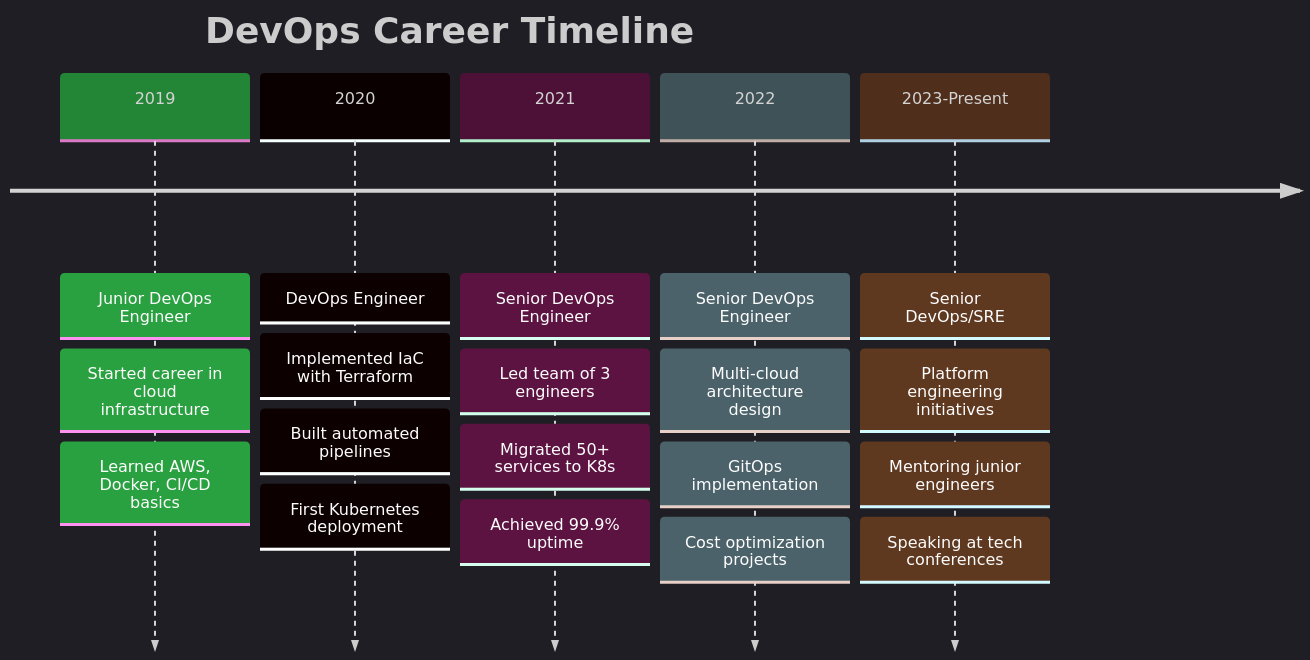
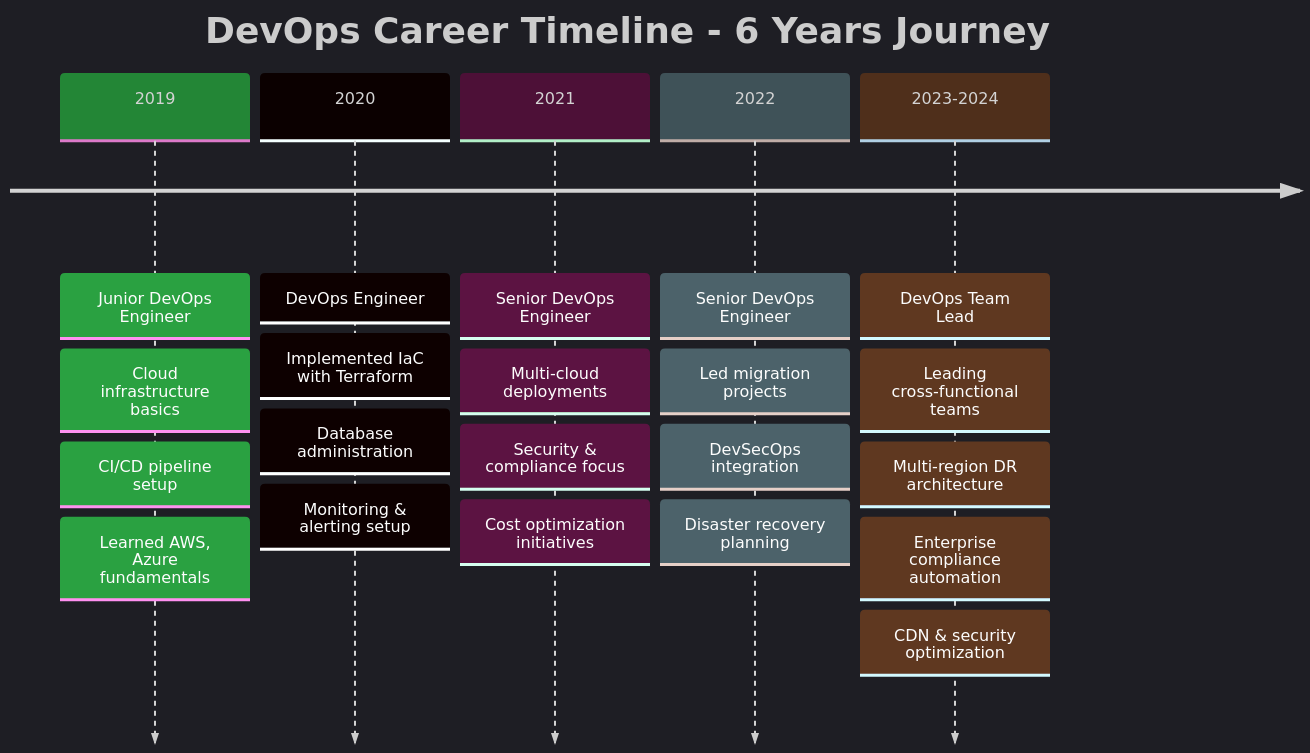
One commit to chintu481/Profile changed the diagram in README.md. Above: the diagram before and after it, drawn with Mermaid. The commit also changed other lines of this file, not shown here.

````diff
--- a/README.md
+++ b/README.md
@@ -312,24 +289,26 @@
 ```mermaid
 %%{init: {'theme':'dark', 'themeVariables': { 'primaryColor':'#238636', 'primaryTextColor':'#fff', 'primaryBorderColor':'#238636', 'lineColor':'#58a6ff', 'secondaryColor':'#1f6feb', 'tertiaryColor':'#161b22'}}}%%
 timeline
-    title DevOps Career Timeline
+    title DevOps Career Timeline - 6 Years Journey
     2019 : Junior DevOps Engineer
-         : Started career in cloud infrastructure
-         : Learned AWS, Docker, CI/CD basics
+         : Cloud infrastructure basics
+         : CI/CD pipeline setup
+         : Learned AWS, Azure fundamentals
     2020 : DevOps Engineer
          : Implemented IaC with Terraform
-         : Built automated pipelines
-         : First Kubernetes deployment
+         : Database administration
+         : Monitoring & alerting setup
     2021 : Senior DevOps Engineer
-         : Led team of 3 engineers
-         : Migrated 50+ services to K8s
-         : Achieved 99.9% uptime
+         : Multi-cloud deployments
+         : Security & compliance focus
+         : Cost optimization initiatives
     2022 : Senior DevOps Engineer
-         : Multi-cloud architecture design
-         : GitOps implementation
-         : Cost optimization projects
-    2023-Present : Senior DevOps/SRE
-                 : Platform engineering initiatives
-                 : Mentoring junior engineers
-                 : Speaking at tech conferences
+         : Led migration projects
+         : DevSecOps integration
+         : Disaster recovery planning
+    2023-2024 : DevOps Team Lead
+              : Leading cross-functional teams
+              : Multi-region DR architecture
+              : Enterprise compliance automation
+              : CDN & security optimization
 ```
````
